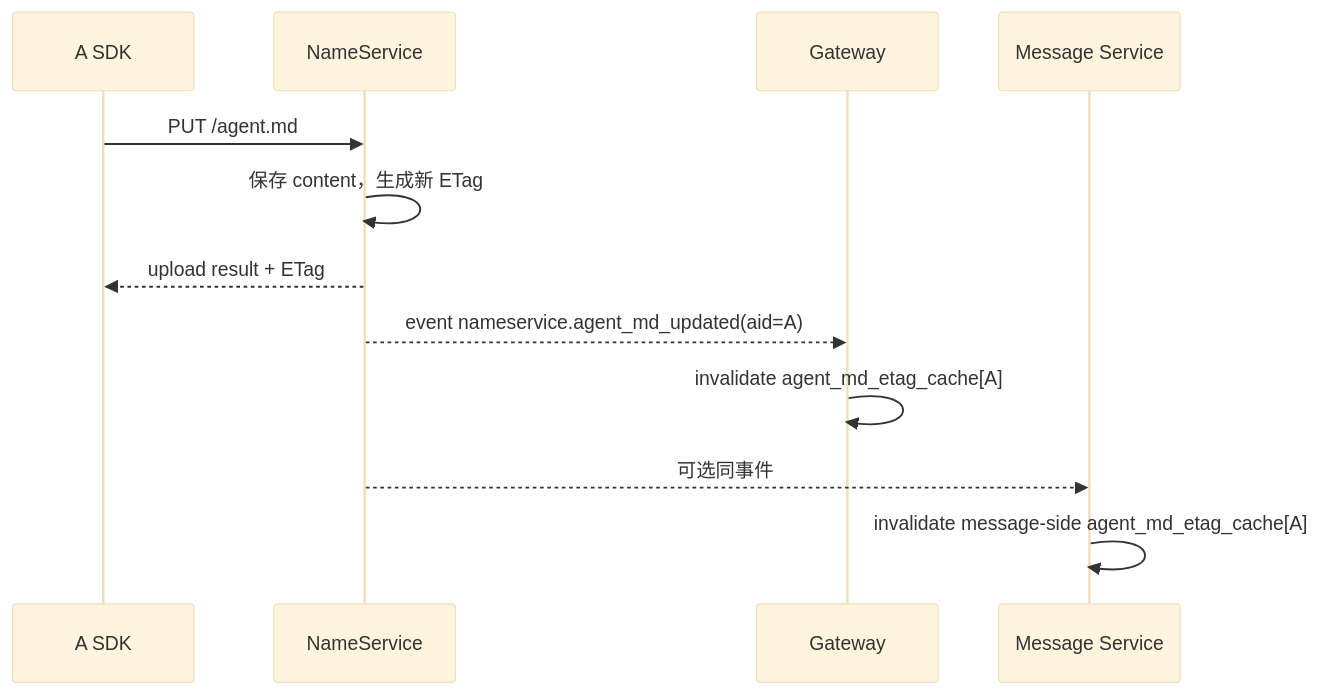
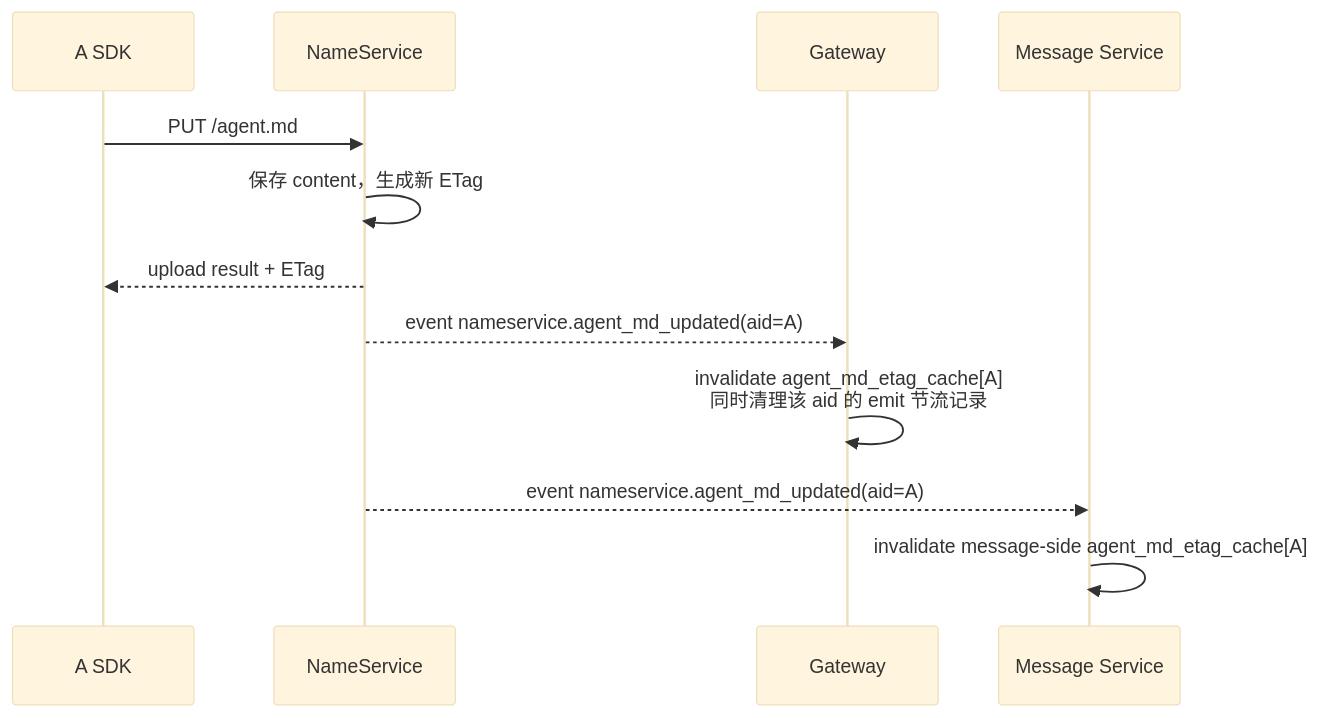
One commit to ModelUnion/aun-sdk-core changed the fifth of 5 diagrams in docs/agent.md/远程agent.md缓存与etag透传方案.md. Above: the diagram before and after it, drawn with Mermaid (base theme). The commit also changed other lines of this file and 84 other files, not shown here.

````diff
--- a/docs/agent.md/远程agent.md缓存与etag透传方案.md
+++ b/docs/agent.md/远程agent.md缓存与etag透传方案.md
@@ -174,15 +225,15 @@
 ```mermaid
 sequenceDiagram
     participant A as A SDK
     participant NS as NameService
     participant GW as Gateway
     participant MSG as Message Service
 
     A->>NS: PUT /agent.md
     NS->>NS: 保存 content，生成新 ETag
     NS-->>A: upload result + ETag
     NS-->>GW: event nameservice.agent_md_updated(aid=A)
-    GW->>GW: invalidate agent_md_etag_cache[A]
-    NS-->>MSG: 可选同事件
+    GW->>GW: invalidate agent_md_etag_cache[A]<br/>同时清理该 aid 的 emit 节流记录
+    NS-->>MSG: event nameservice.agent_md_updated(aid=A)
     MSG->>MSG: invalidate message-side agent_md_etag_cache[A]
 ```
````
